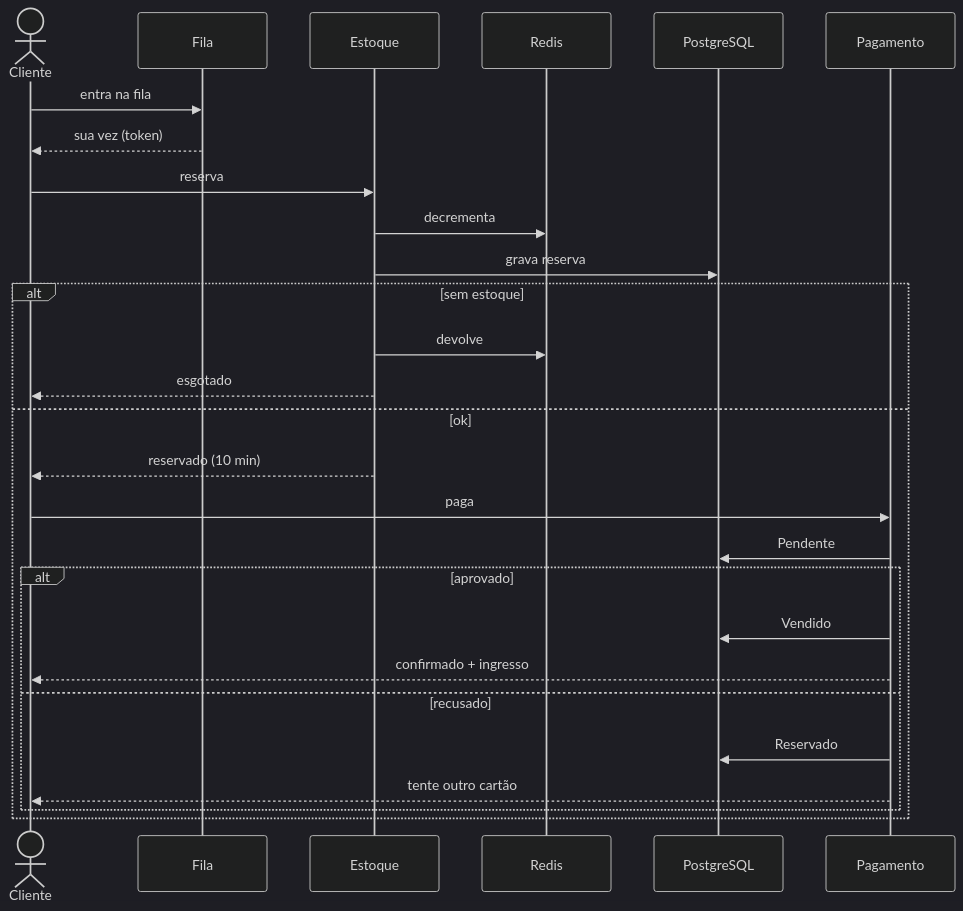
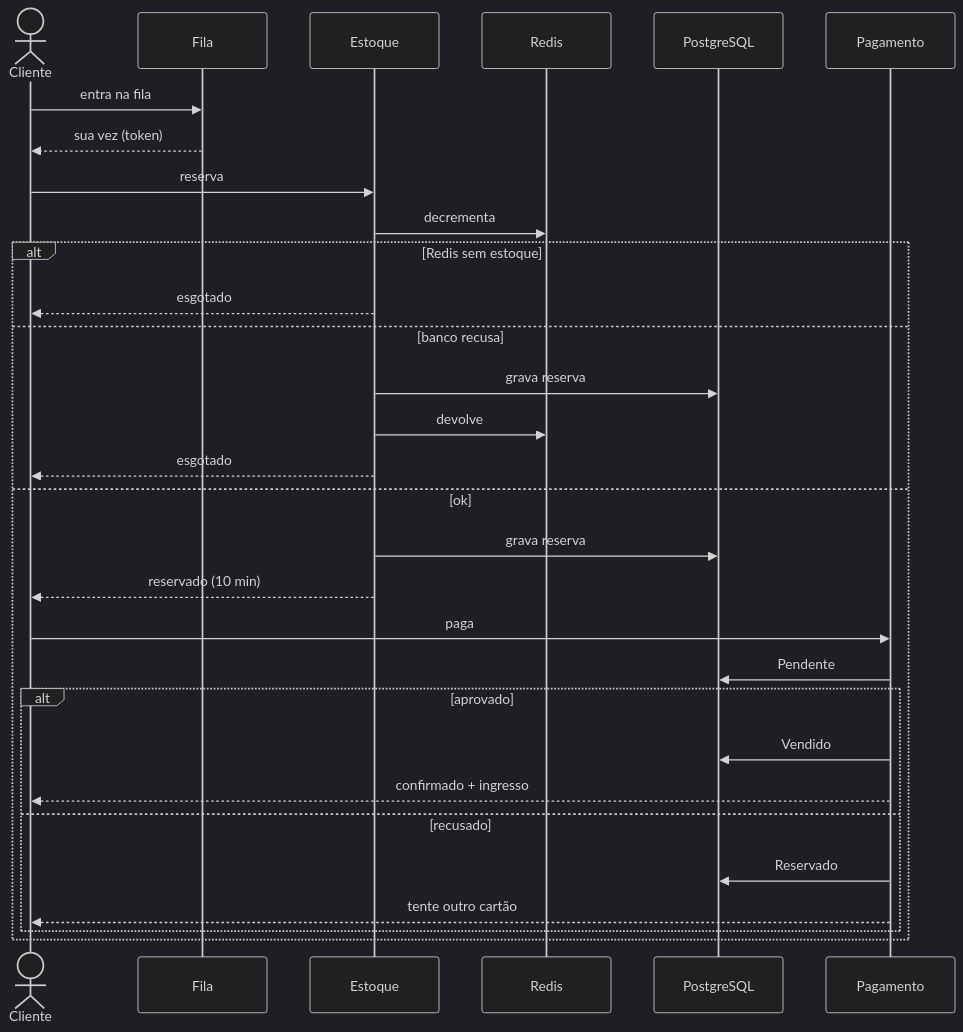
Before and after one commit to viniciusnau/rock-in-rio-ticketing-architecture: the third of 3 diagrams in README.md, drawn with Mermaid (dark theme). The commit also changed other lines of this file, not shown here.

````diff
--- a/README.md
+++ b/README.md
@@ -123,30 +126,33 @@
 ```mermaid
 sequenceDiagram
     actor C as Cliente
     participant F as Fila
     participant E as Estoque
     participant R as Redis
     participant P as PostgreSQL
     participant PG as Pagamento
 
     C->>F: entra na fila
     F-->>C: sua vez (token)
     C->>E: reserva
     E->>R: decrementa
-    E->>P: grava reserva
-    alt sem estoque
+    alt Redis sem estoque
+        E-->>C: esgotado
+    else banco recusa
+        E->>P: grava reserva
         E->>R: devolve
         E-->>C: esgotado
     else ok
+        E->>P: grava reserva
         E-->>C: reservado (10 min)
         C->>PG: paga
         PG->>P: Pendente
         alt aprovado
             PG->>P: Vendido
             PG-->>C: confirmado + ingresso
         else recusado
             PG->>P: Reservado
             PG-->>C: tente outro cartão
         end
     end
 ```
````
